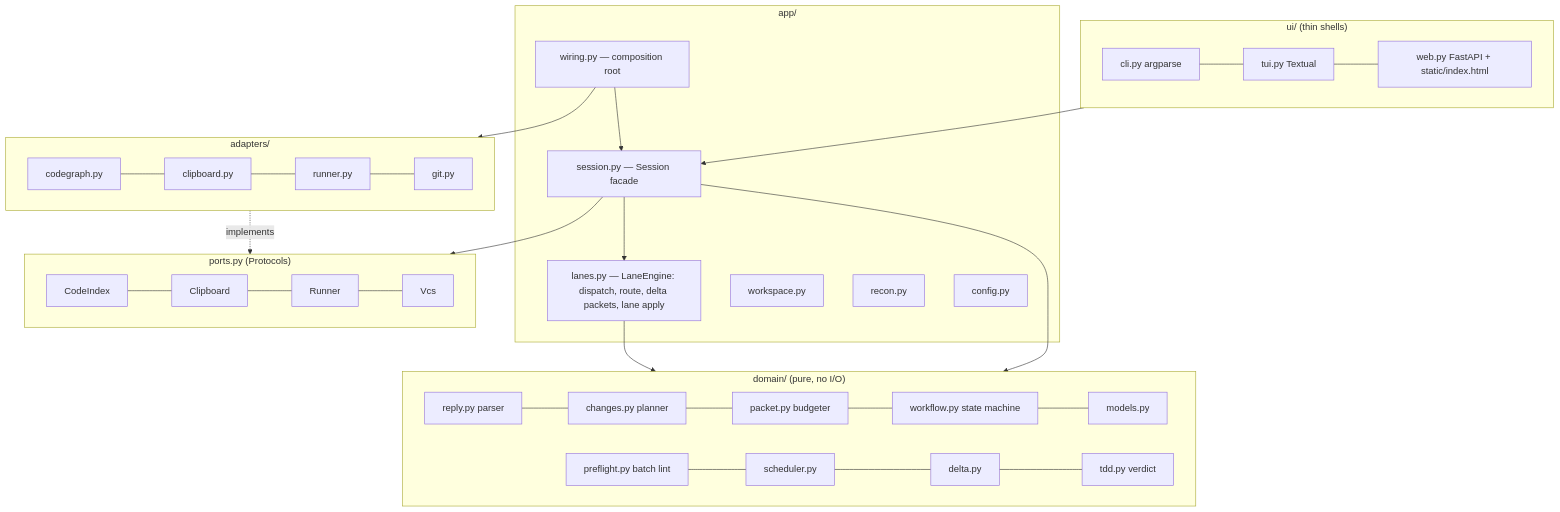
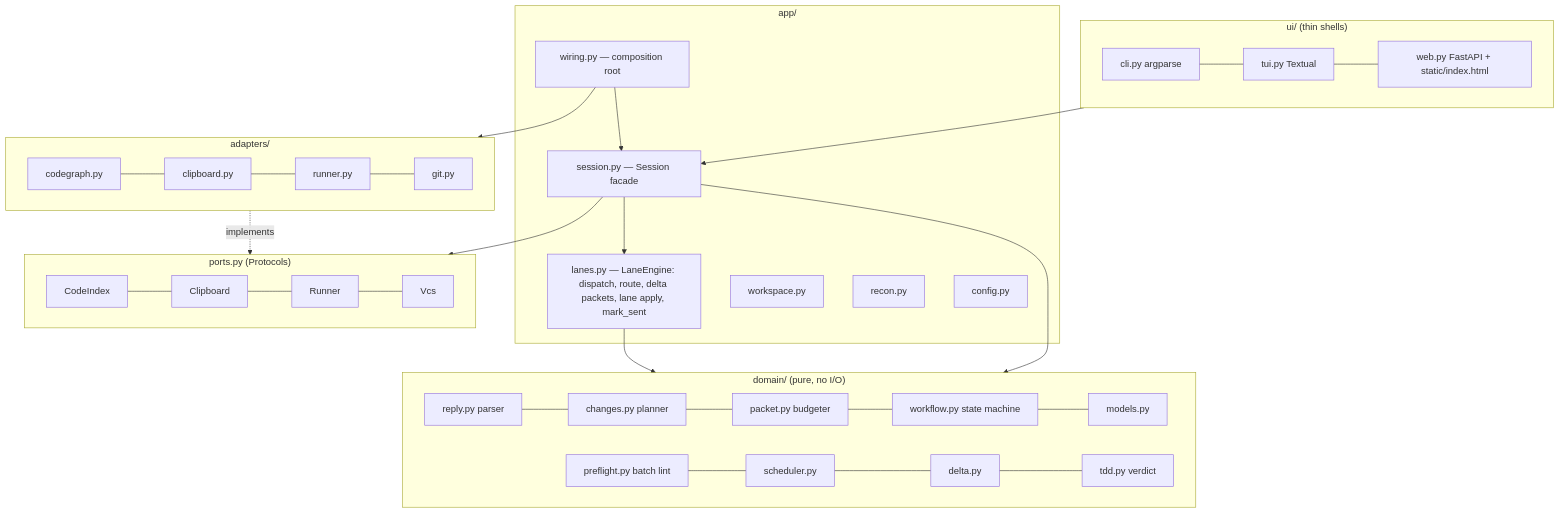
One commit to nycnighthawk/chat-op-devkit changed the first of 5 diagrams in docs/ARCHITECTURE.md. Above: the diagram before and after it, drawn with Mermaid. The commit also changed other lines of this file and 26 other files, not shown here.

````diff
--- a/docs/ARCHITECTURE.md
+++ b/docs/ARCHITECTURE.md
@@ -5,32 +5,32 @@
 ```mermaid
 flowchart TB
   subgraph UI["ui/ (thin shells)"]
     CLI[cli.py argparse] --- TUI[tui.py Textual] --- WEB[web.py FastAPI + static/index.html]
   end
   subgraph APP["app/"]
     S[session.py — Session facade]:::core
-    LN[lanes.py — LaneEngine: dispatch, route, delta packets, lane apply]:::core
+    LN[lanes.py — LaneEngine: dispatch, route, delta packets, lane apply, mark_sent]:::core
     W[workspace.py]:::core
     R[recon.py]:::core
     C[config.py]:::core
     WI[wiring.py — composition root]
   end
   subgraph DOM["domain/ (pure, no I/O)"]
     RP[reply.py parser] --- CH[changes.py planner] --- PK[packet.py budgeter] --- WF[workflow.py state machine] --- M[models.py]
     PF[preflight.py batch lint] --- SC[scheduler.py] --- DL[delta.py] --- TD[tdd.py verdict]
   end
   subgraph PORTS["ports.py (Protocols)"]
     CI[CodeIndex] --- CB[Clipboard] --- RN[Runner] --- V[Vcs]
   end
   subgraph AD["adapters/"]
     CG[codegraph.py] --- CL[clipboard.py] --- SR[runner.py] --- G[git.py]
   end
   UI --> S
   S --> LN
   LN --> DOM
   S --> DOM
   S --> PORTS
   AD -. implements .-> PORTS
   WI --> AD
   WI --> S
 ```
````
